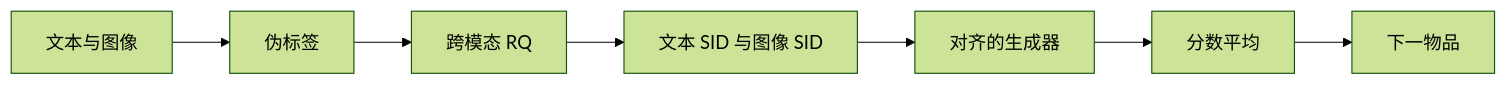
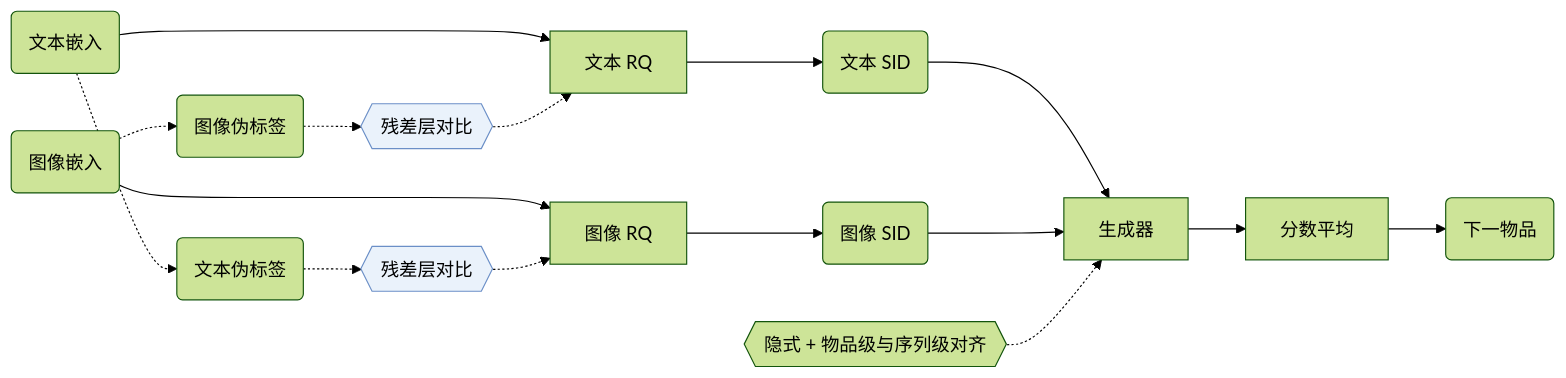
The diagram in notes/zh/macrec.md (Galaxy-ghost/Awesome-SID-Generative-Rec), drawn with Mermaid (forest theme) before and after one commit. The commit also changed 521 other files, not shown here.

Commit message:
writer-04 part 3: algorithm diagrams with shared shape conventions, README hero and paper cards, archive removed

````diff
--- a/notes/zh/macrec.md
+++ b/notes/zh/macrec.md
@@ -15,9 +15,19 @@
 ```mermaid
 flowchart LR
-    A[文本与图像] --> B[伪标签]
-    B --> C[跨模态 RQ]
-    C --> D[文本 SID 与图像 SID]
-    D --> E[对齐的生成器]
-    E --> F[分数平均]
-    F --> G[下一物品]
+    A("文本嵌入") --> C["文本 RQ"]
+    B("图像嵌入") --> D["图像 RQ"]
+    A -.-> PT("文本伪标签")
+    B -.-> PI("图像伪标签")
+    PI -.-> L1{{"残差层对比"}}:::key
+    PT -.-> L2{{"残差层对比"}}:::key
+    L1 -.-> C
+    L2 -.-> D
+    C --> E("文本 SID")
+    D --> F("图像 SID")
+    E --> G["生成器"]
+    F --> G
+    L3{{"隐式 + 物品级与序列级对齐"}} -.-> G
+    G --> H["分数平均"]
+    H --> I("下一物品")
+    classDef key fill:#eaf2fb,stroke:#6b8fc7
 ```
````
